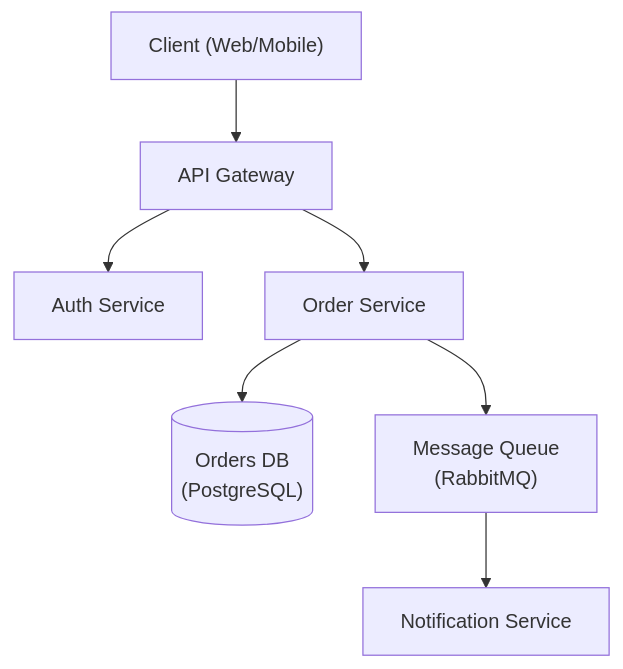
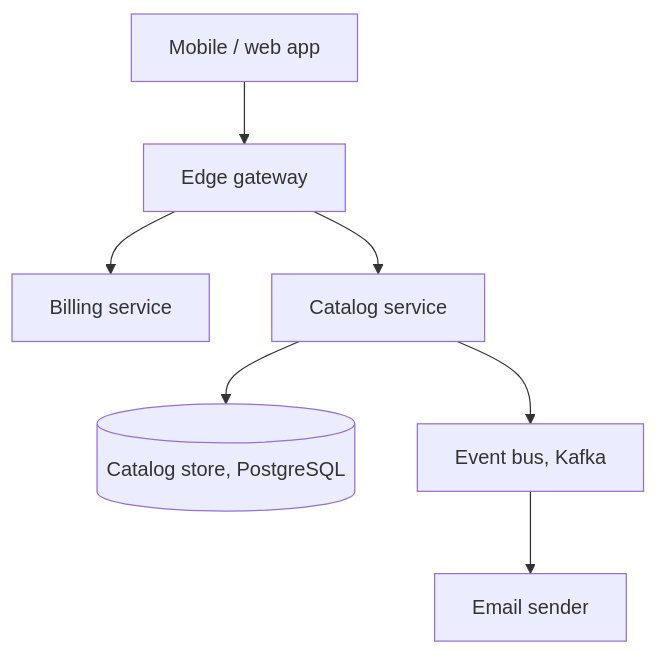
One commit to newkayak12/claude-skills changed the diagram in develop/skills/architecture-designer/SKILL.md. Above: the diagram before and after it, drawn with Mermaid. The commit also changed other lines of this file and 133 other files, not shown here.

````diff
--- a/develop/skills/architecture-designer/SKILL.md
+++ b/develop/skills/architecture-designer/SKILL.md
@@ -96,9 +91,9 @@
 ```mermaid
 graph TD
-    Client["Client (Web/Mobile)"] --> Gateway["API Gateway"]
-    Gateway --> AuthSvc["Auth Service"]
-    Gateway --> OrderSvc["Order Service"]
-    OrderSvc --> DB[("Orders DB\n(PostgreSQL)")]
-    OrderSvc --> Queue["Message Queue\n(RabbitMQ)"]
-    Queue --> NotifySvc["Notification Service"]
+    App["Mobile / web app"] --> Edge["Edge gateway"]
+    Edge --> Billing["Billing service"]
+    Edge --> Catalog["Catalog service"]
+    Catalog --> Store[("Catalog store, PostgreSQL")]
+    Catalog --> Bus["Event bus, Kafka"]
+    Bus --> Mailer["Email sender"]
 ```
````
